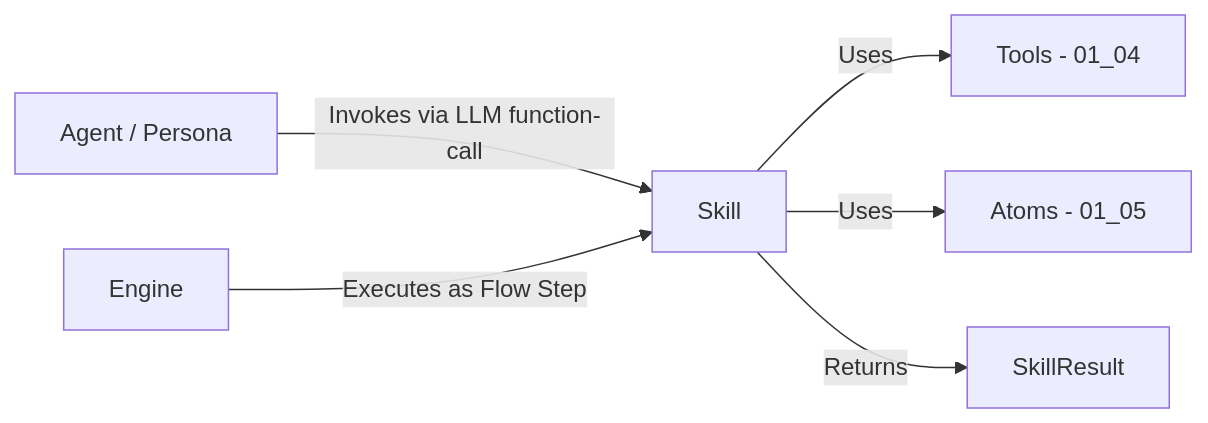
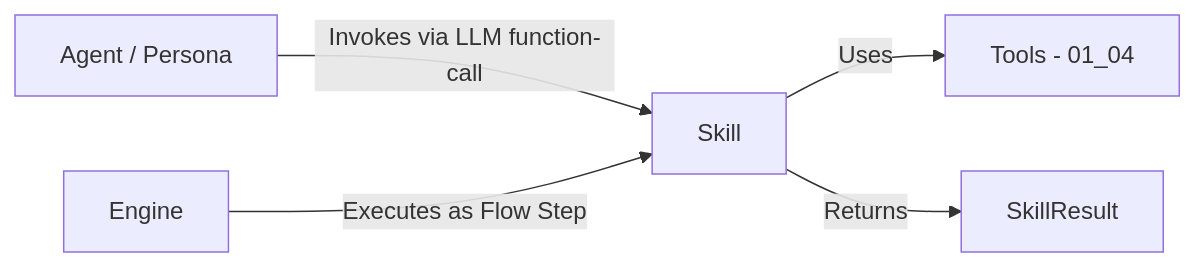
The diagram in docs/specs/01_07_skills_spec.md (sbula/flowManager), drawn with Mermaid before and after one commit. The commit also changed other lines of this file and 3 other files, not shown here.

````diff
--- a/docs/specs/01_07_skills_spec.md
+++ b/docs/specs/01_07_skills_spec.md
@@ -131,8 +139,7 @@
 ```mermaid
 graph LR
     A[Agent / Persona] -->|Invokes via LLM function-call| B[Skill]
     B -->|Uses| C[Tools - 01_04]
-    B -->|Uses| D[Atoms - 01_05]
     B -->|Returns| F[SkillResult]
     G[Engine] -->|Executes as Flow Step| B
 ```
````
